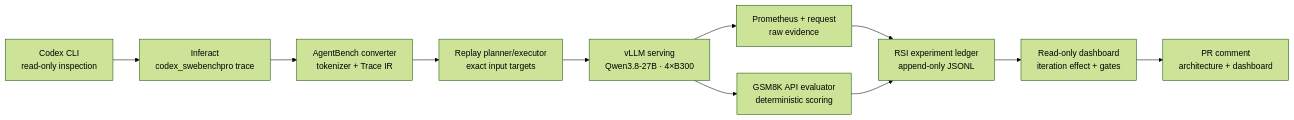
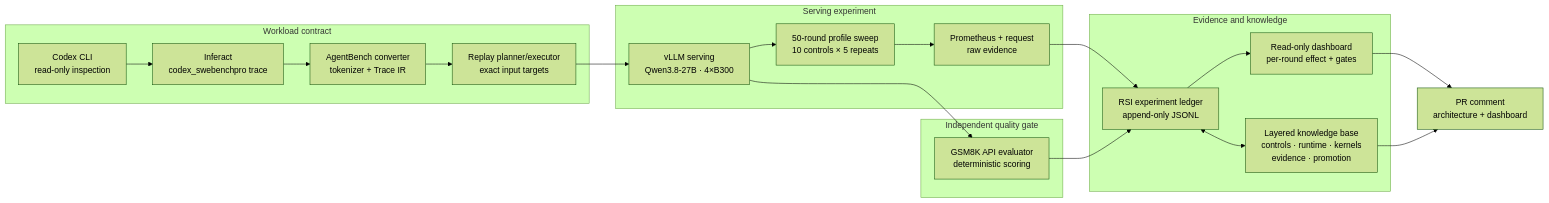
Before and after one commit to david6666666/agent-infer: the diagram in docs/rsi/qwen38-b300-architecture.mmd, drawn with Mermaid (forest theme). The commit also changed 7 other files, not shown here.

Commit message:
docs(rsi): record fifty-round qwen serving sweep

```diff
--- a/docs/rsi/qwen38-b300-architecture.mmd
+++ b/docs/rsi/qwen38-b300-architecture.mmd
@@ -1,21 +1,35 @@
 flowchart LR
-    A[Codex CLI
-       read-only inspection] --> B[Inferact
-       codex_swebenchpro trace]
-    B --> C[AgentBench converter
-       tokenizer + Trace IR]
-    C --> D[Replay planner/executor
-       exact input targets]
-    D --> E[vLLM serving
-       Qwen3.8-27B · 4×B300]
-    E --> F[Prometheus + request
-       raw evidence]
-    E --> G[GSM8K API evaluator
-       deterministic scoring]
-    F --> H[RSI experiment ledger
-       append-only JSONL]
-    G --> H
-    H --> I[Read-only dashboard
-       iteration effect + gates]
+    subgraph W[Workload contract]
+        A[Codex CLI
+           read-only inspection] --> B[Inferact
+           codex_swebenchpro trace]
+        B --> C[AgentBench converter
+           tokenizer + Trace IR]
+        C --> D[Replay planner/executor
+           exact input targets]
+    end
+    subgraph S[Serving experiment]
+        D --> E[vLLM serving
+           Qwen3.8-27B · 4×B300]
+        E --> R[50-round profile sweep
+           10 controls × 5 repeats]
+        R --> F[Prometheus + request
+           raw evidence]
+    end
+    subgraph Q[Independent quality gate]
+        E --> G[GSM8K API evaluator
+           deterministic scoring]
+    end
+    subgraph L[Evidence and knowledge]
+        F --> H[RSI experiment ledger
+           append-only JSONL]
+        G --> H
+        H --> I[Read-only dashboard
+           per-round effect + gates]
+        H <--> K[Layered knowledge base
+           controls · runtime · kernels
+           evidence · promotion]
+    end
     I --> J[PR comment
        architecture + dashboard]
+    K --> J
```
